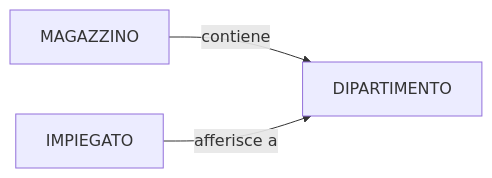
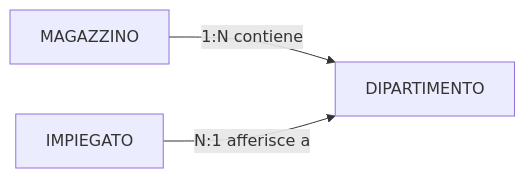
The second of 5 diagrams in 08-progettazione-er/esercizi/06-esercizio-citylogistics.md (lucadagati/Lab_Fondamenti_di_Informatica_25_26), drawn with Mermaid before and after one commit. The commit also changed other lines of this file and 60 other files, not shown here.

Commit message:
Add Chen ER step-by-step draw.io diagrams and fix layout

````diff
--- a/08-progettazione-er/esercizi/06-esercizio-citylogistics.md
+++ b/08-progettazione-er/esercizi/06-esercizio-citylogistics.md
@@ -77,5 +77,5 @@
 ```mermaid
 flowchart LR
-    M[MAGAZZINO] -->|contiene| D[DIPARTIMENTO]
-    I[IMPIEGATO] -->|afferisce a| D
+    M[MAGAZZINO] -->|1:N contiene| D[DIPARTIMENTO]
+    I[IMPIEGATO] -->|N:1 afferisce a| D
 ```
````
